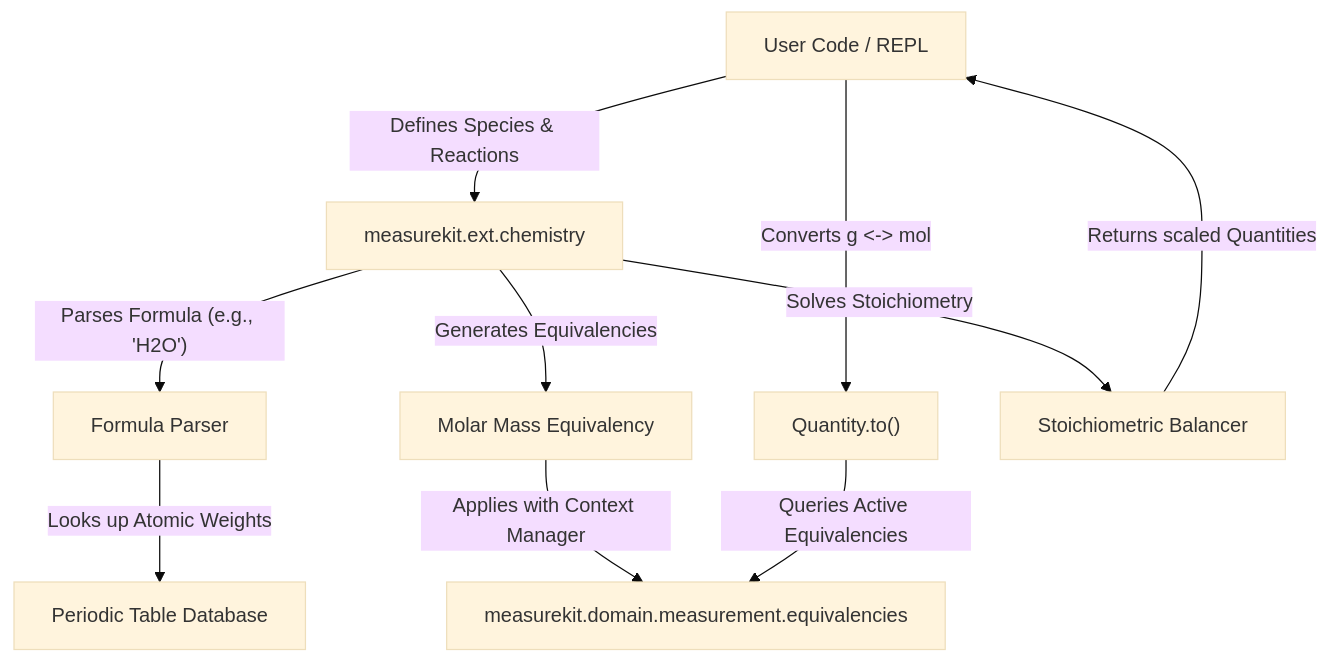
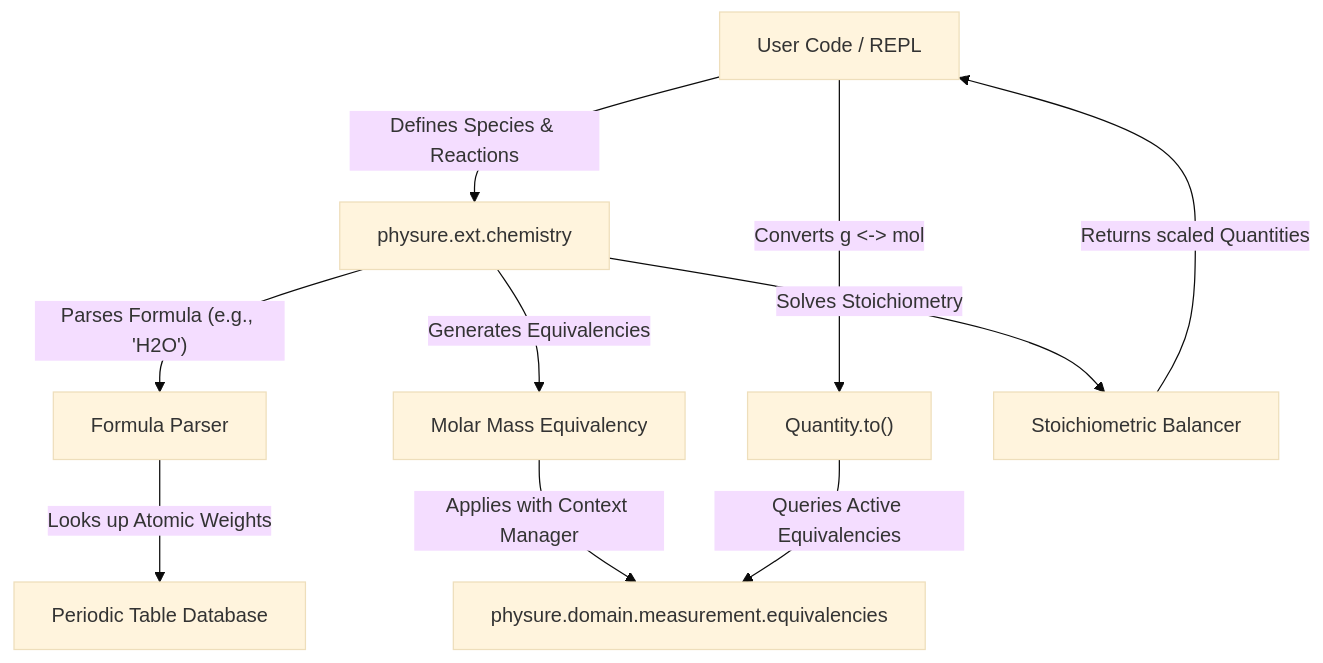
Before and after one commit to Alexisrx96/physure: the diagram in physure-python/docs/chemistry_roadmap.md, drawn with Mermaid (base theme). The commit also changed other lines of this file and 150 other files, not shown here.

````diff
--- a/physure-python/docs/chemistry_roadmap.md
+++ b/physure-python/docs/chemistry_roadmap.md
@@ -29,15 +29,15 @@
 ```mermaid
 graph TD
-    User["User Code / REPL"] --> |"Defines Species & Reactions"| ChemistryExt["measurekit.ext.chemistry"]
+    User["User Code / REPL"] --> |"Defines Species & Reactions"| ChemistryExt["physure.ext.chemistry"]
     ChemistryExt --> |"Parses Formula (e.g., 'H2O')"| FormulaParser["Formula Parser"]
     FormulaParser --> |"Looks up Atomic Weights"| ElementsDB["Periodic Table Database"]
     
     ChemistryExt --> |"Generates Equivalencies"| MolarEq["Molar Mass Equivalency"]
-    MolarEq --> |"Applies with Context Manager"| CoreEquiv["measurekit.domain.measurement.equivalencies"]
+    MolarEq --> |"Applies with Context Manager"| CoreEquiv["physure.domain.measurement.equivalencies"]
     
     User --> |"Converts g <-> mol"| Q["Quantity.to()"]
     Q --> |"Queries Active Equivalencies"| CoreEquiv
     
     ChemistryExt --> |"Solves Stoichiometry"| Balancer["Stoichiometric Balancer"]
     Balancer --> |"Returns scaled Quantities"| User
 ```
````
